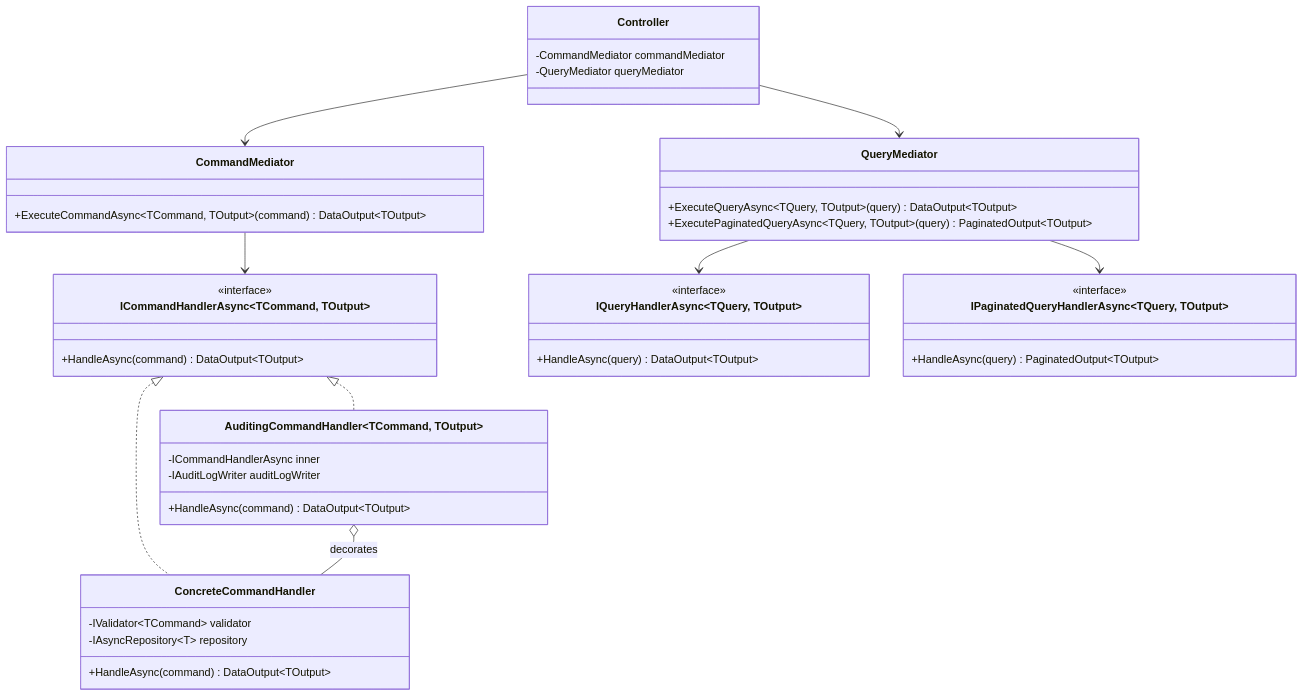
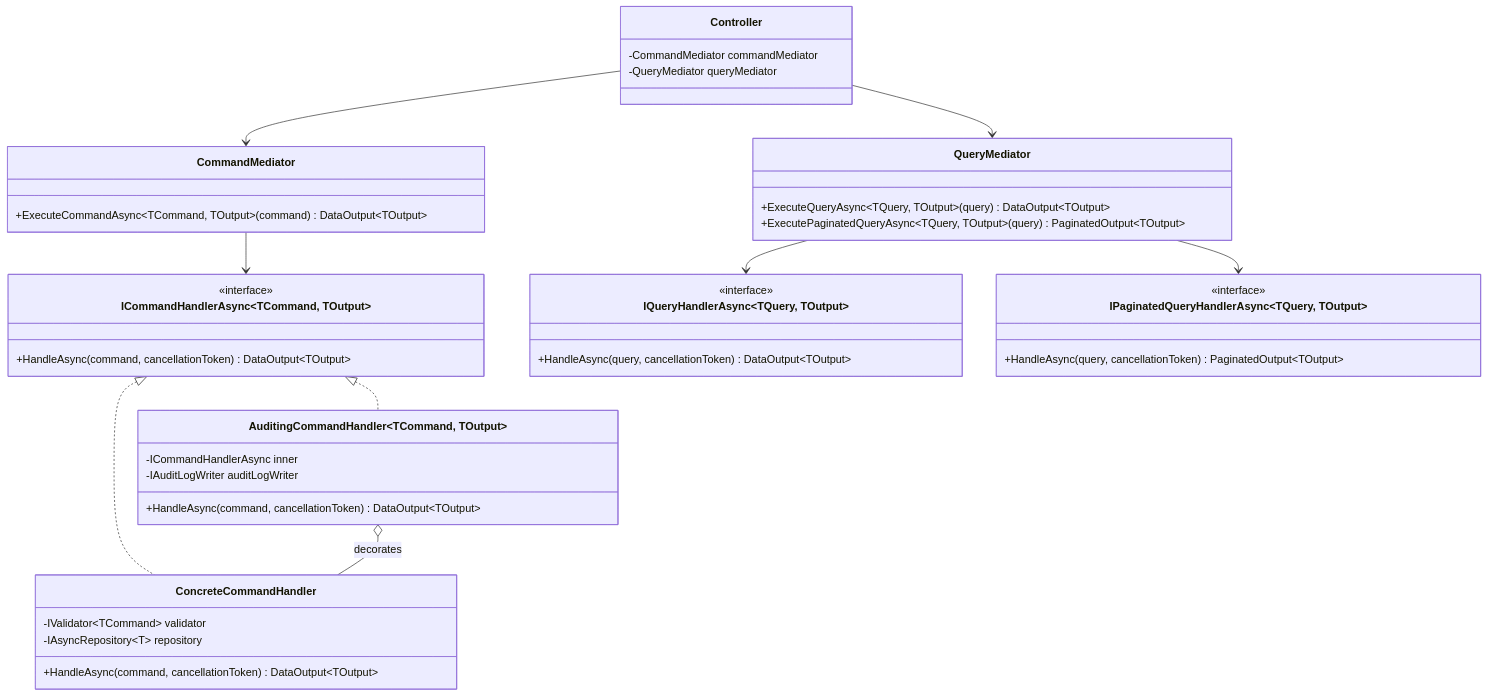
The second of 3 diagrams in docs/content/en/docs/architecture.md (artur-rios/heimdall-api), drawn with Mermaid before and after one commit. The commit also changed other lines of this file and 93 other files, not shown here.

````diff
--- a/docs/content/en/docs/architecture.md
+++ b/docs/content/en/docs/architecture.md
@@ -74,45 +74,45 @@
 ```mermaid
 classDiagram
     class Controller {
         -CommandMediator commandMediator
         -QueryMediator queryMediator
     }
     class CommandMediator {
         +ExecuteCommandAsync~TCommand, TOutput~(command) DataOutput~TOutput~
     }
     class QueryMediator {
         +ExecuteQueryAsync~TQuery, TOutput~(query) DataOutput~TOutput~
         +ExecutePaginatedQueryAsync~TQuery, TOutput~(query) PaginatedOutput~TOutput~
     }
     class ICommandHandlerAsync~TCommand, TOutput~ {
         <<interface>>
-        +HandleAsync(command) DataOutput~TOutput~
+        +HandleAsync(command, cancellationToken) DataOutput~TOutput~
     }
     class IQueryHandlerAsync~TQuery, TOutput~ {
         <<interface>>
-        +HandleAsync(query) DataOutput~TOutput~
+        +HandleAsync(query, cancellationToken) DataOutput~TOutput~
     }
     class IPaginatedQueryHandlerAsync~TQuery, TOutput~ {
         <<interface>>
-        +HandleAsync(query) PaginatedOutput~TOutput~
+        +HandleAsync(query, cancellationToken) PaginatedOutput~TOutput~
     }
     class AuditingCommandHandler~TCommand, TOutput~ {
         -ICommandHandlerAsync inner
         -IAuditLogWriter auditLogWriter
-        +HandleAsync(command) DataOutput~TOutput~
+        +HandleAsync(command, cancellationToken) DataOutput~TOutput~
     }
     class ConcreteCommandHandler {
         -IValidator~TCommand~ validator
         -IAsyncRepository~T~ repository
-        +HandleAsync(command) DataOutput~TOutput~
+        +HandleAsync(command, cancellationToken) DataOutput~TOutput~
     }
 
     Controller --> CommandMediator
     Controller --> QueryMediator
     CommandMediator --> ICommandHandlerAsync
     QueryMediator --> IQueryHandlerAsync
     QueryMediator --> IPaginatedQueryHandlerAsync
     ICommandHandlerAsync <|.. AuditingCommandHandler
     ICommandHandlerAsync <|.. ConcreteCommandHandler
     AuditingCommandHandler o-- ConcreteCommandHandler : decorates
 ```
````
